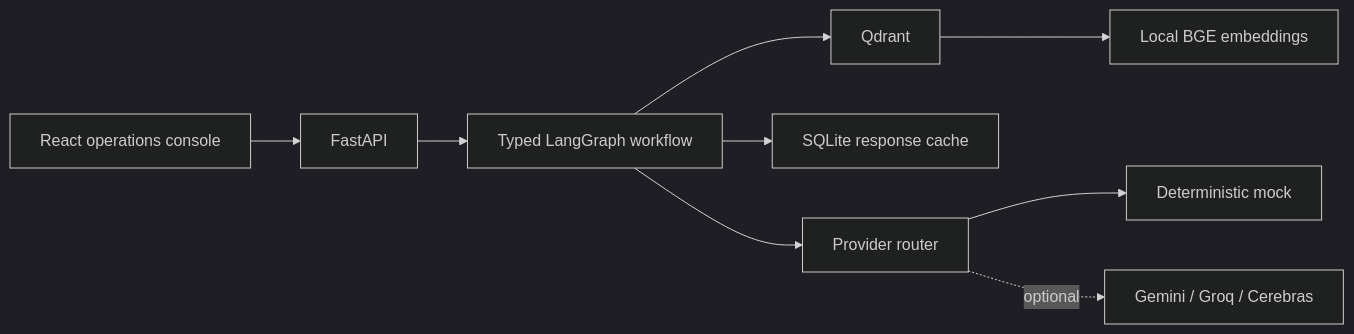
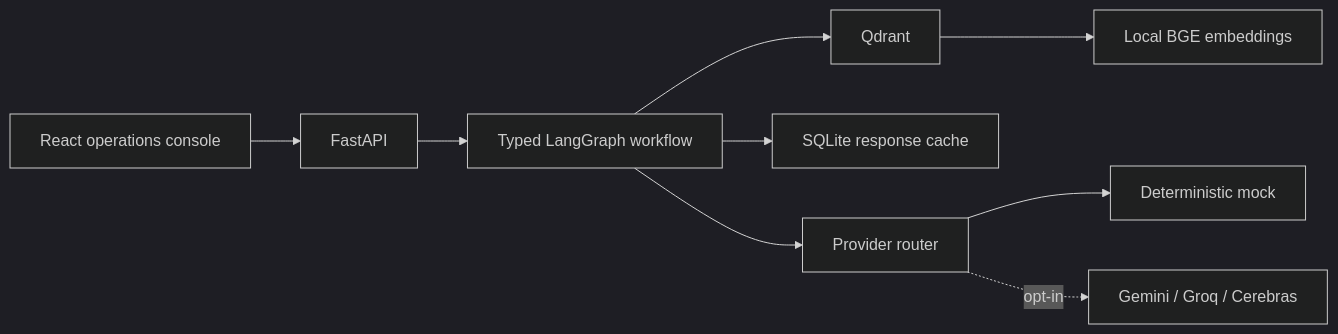
Before and after one commit to Praciller/customer-support-rag-triage-agent: the diagram in README.md, drawn with Mermaid (dark theme). The commit also changed other lines of this file and 36 other files, not shown here.

````diff
--- a/README.md
+++ b/README.md
@@ -34,11 +31,11 @@
 ```mermaid
 flowchart LR
   UI[React operations console] --> API[FastAPI]
   API --> G[Typed LangGraph workflow]
   G --> Q[Qdrant]
   Q --> E[Local BGE embeddings]
   G --> C[SQLite response cache]
   G --> R[Provider router]
   R --> M[Deterministic mock]
-  R -. optional .-> P[Gemini / Groq / Cerebras]
+  R -. opt-in .-> P[Gemini / Groq / Cerebras]
 ```
````
